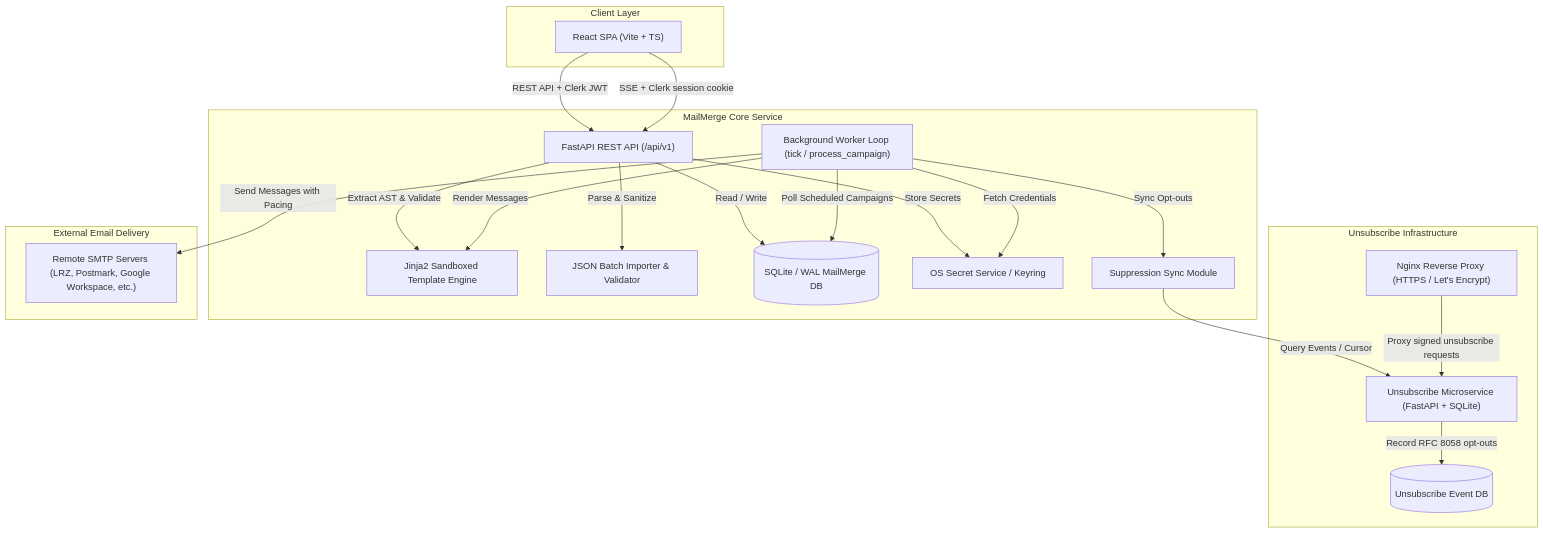
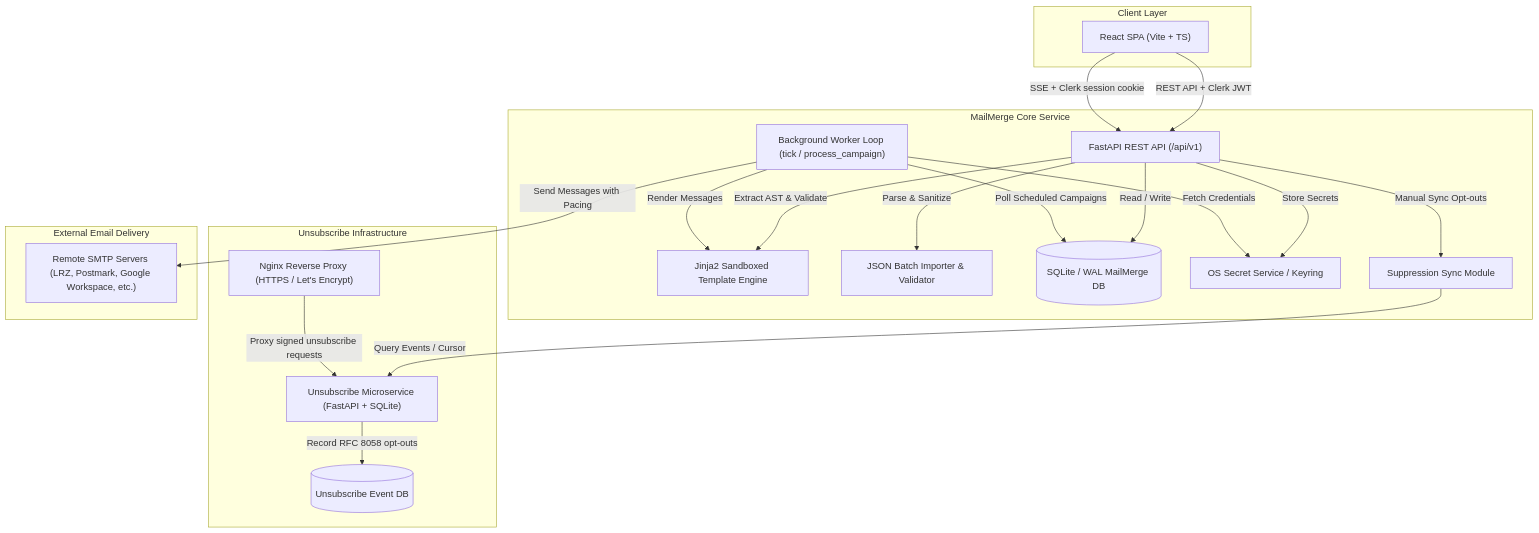
One commit to plus-bi/mailmerge changed the diagram in docs/ARCHITECTURE.md. Above: the diagram before and after it, drawn with Mermaid. The commit also changed other lines of this file and 13 other files, not shown here.

````diff
--- a/docs/ARCHITECTURE.md
+++ b/docs/ARCHITECTURE.md
@@ -9,43 +9,43 @@
 ```mermaid
 flowchart TD
     subgraph Client Layer
         Browser["React SPA (Vite + TS)"]
     end
 
     subgraph MailMerge Core Service
         API["FastAPI REST API (/api/v1)"]
         Worker["Background Worker Loop (tick / process_campaign)"]
         Renderer["Jinja2 Sandboxed Template Engine"]
         JSONParser["JSON Batch Importer & Validator"]
         DB[(SQLite / WAL MailMerge DB)]
         Keyring["OS Secret Service / Keyring"]
         SuppressionSync["Suppression Sync Module"]
     end
 
     subgraph Unsubscribe Infrastructure
         UnsubService["Unsubscribe Microservice (FastAPI + SQLite)"]
         UnsubDB[(Unsubscribe Event DB)]
         Nginx["Nginx Reverse Proxy (HTTPS / Let's Encrypt)"]
     end
 
     subgraph External Email Delivery
         SMTP["Remote SMTP Servers (LRZ, Postmark, Google Workspace, etc.)"]
     end
 
     Browser -->|REST API + Clerk JWT| API
     Browser -->|SSE + Clerk session cookie| API
     API -->|Read / Write| DB
     API -->|Extract AST & Validate| Renderer
     API -->|Parse & Sanitize| JSONParser
     API -->|Store Secrets| Keyring
 
     Worker -->|Poll Scheduled Campaigns| DB
     Worker -->|Fetch Credentials| Keyring
     Worker -->|Render Messages| Renderer
     Worker -->|Send Messages with Pacing| SMTP
-    Worker -->|Sync Opt-outs| SuppressionSync
+    API -->|Manual Sync Opt-outs| SuppressionSync
 
     SuppressionSync -->|Query Events / Cursor| UnsubService
     Nginx -->|Proxy signed unsubscribe requests| UnsubService
     UnsubService -->|Record RFC 8058 opt-outs| UnsubDB
 ```
````
